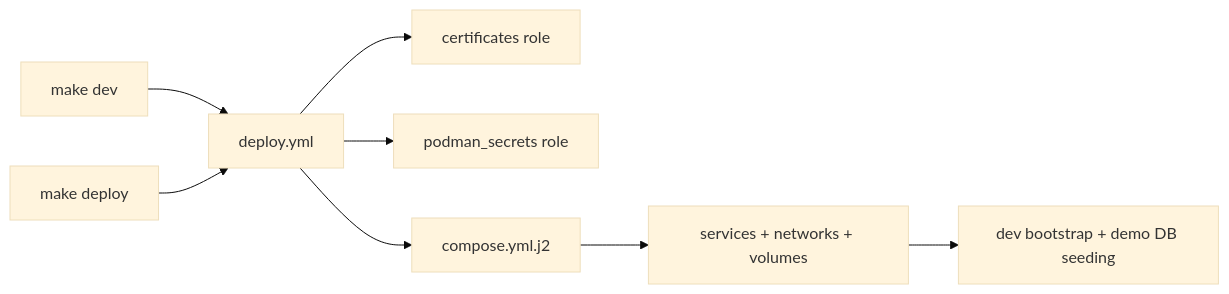
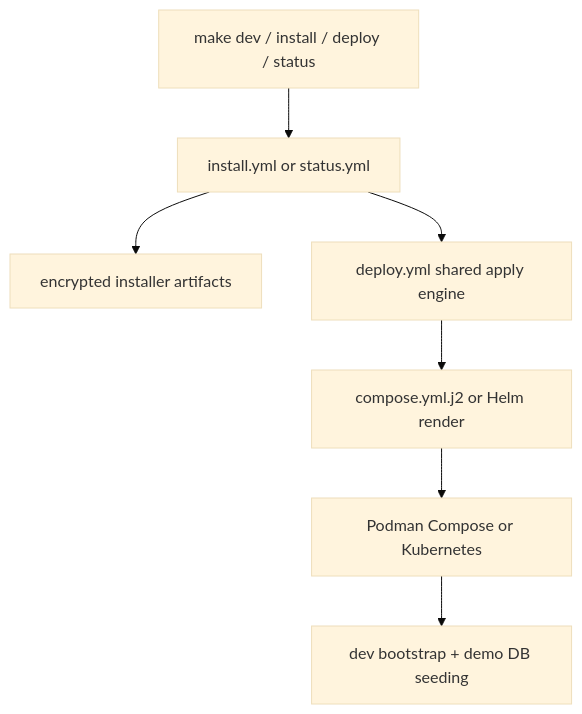
One commit to dnviti/remote-desktop-manager changed the diagram in docs/deployment.md. Above: the diagram before and after it, drawn with Mermaid (base theme). The commit also changed other lines of this file and 80 other files, not shown here.

Commit message:
Add installer-managed deployment flow and runtime feature manifest

````diff
--- a/docs/deployment.md
+++ b/docs/deployment.md
@@ -33,10 +39,9 @@
 ```mermaid
-flowchart LR
-    Dev["make dev"] --> Playbook["deploy.yml"]
-    Prod["make deploy"] --> Playbook
-    Playbook --> Certs["certificates role"]
-    Playbook --> Secrets["podman_secrets role"]
-    Playbook --> Compose["compose.yml.j2"]
-    Compose --> Stack["services + networks + volumes"]
-    Stack --> Bootstrap["dev bootstrap + demo DB seeding"]
+flowchart TD
+    Make["make dev / install / deploy / status"] --> Entry["install.yml or status.yml"]
+    Entry --> Artifacts["encrypted installer artifacts"]
+    Entry --> Apply["deploy.yml shared apply engine"]
+    Apply --> Render["compose.yml.j2 or Helm render"]
+    Render --> Runtime["Podman Compose or Kubernetes"]
+    Runtime --> Bootstrap["dev bootstrap + demo DB seeding"]
 ```
````
